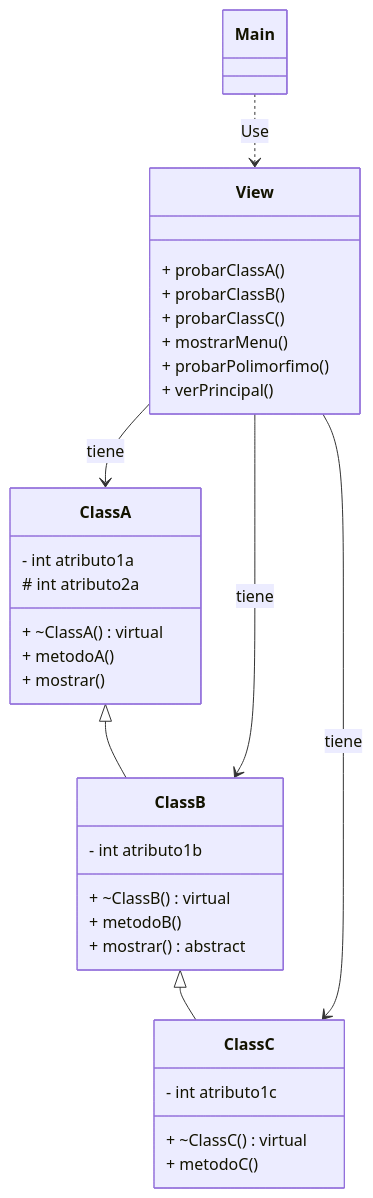
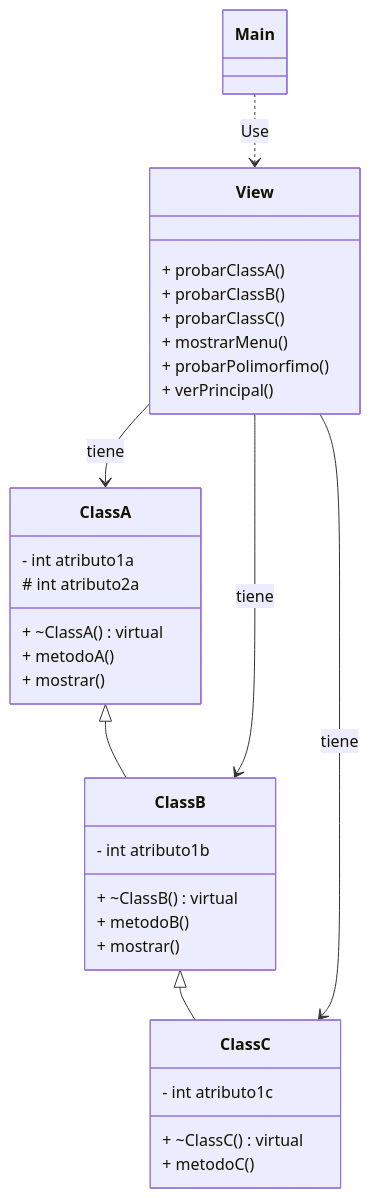
One commit to 300CIS017-Object-Oriented-Programming/HerenciaPOO changed the diagram in readme.md. Above: the diagram before and after it, drawn with Mermaid.

Commit message:
MOD Quita palabra abstract de metodo en clase B

````diff
--- a/readme.md
+++ b/readme.md
@@ -75,44 +75,44 @@
 ```mermaid
 classDiagram
     class ClassA {
         - int atributo1a
         # int atributo2a
         + ~ClassA() virtual 
         + metodoA()
         + mostrar()
     }
 
     class ClassB {
         - int atributo1b
         + ~ClassB() virtual 
         + metodoB()
-        + mostrar() abstract
+        + mostrar() 
     }
     
 
     class ClassC {
         - int atributo1c
-        + ~ClassC() virtual 
+        + ~ClassC() virtual
         + metodoC()
     }
     class View{
         + probarClassA()
         + probarClassB()
         + probarClassC()
         + mostrarMenu()
         + probarPolimorfimo()
         + verPrincipal()
     }
 
 
     class Main {
     }
 
     ClassA<|--ClassB
     ClassB<|--ClassC
     View --> ClassA : tiene
     View --> ClassB : tiene
     View --> ClassC : tiene
 
     Main ..> View : Use
 ```
````
